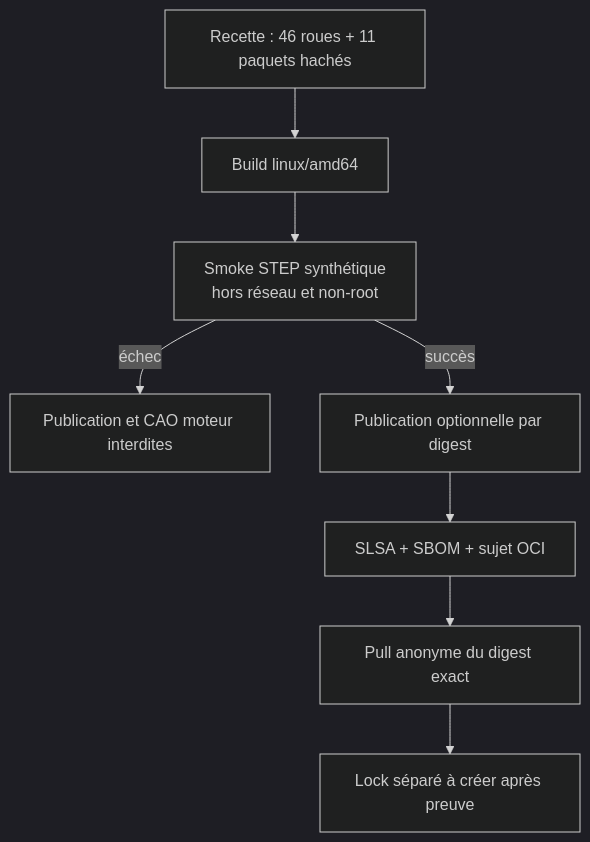
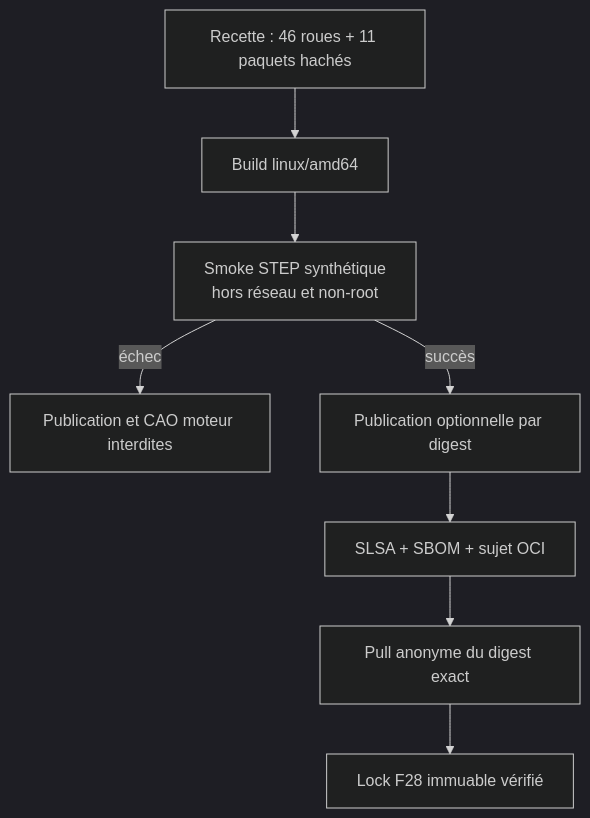
One commit to cluster2600/porscheparts changed the second of 2 diagrams in docs/917_CAD_AUTHOR_IMAGE_F28.md. Above: the diagram before and after it, drawn with Mermaid (dark theme). The commit also changed other lines of this file and 2 other files, not shown here.

Commit message:
Lock verified CAD author image

````diff
--- a/docs/917_CAD_AUTHOR_IMAGE_F28.md
+++ b/docs/917_CAD_AUTHOR_IMAGE_F28.md
@@ -170,10 +170,10 @@
 ```mermaid
 flowchart TD
     R[Recette : 46 roues + 11 paquets hachés] --> B[Build linux/amd64]
     B --> S[Smoke STEP synthétique\nhors réseau et non-root]
     S -->|échec| X[Publication et CAO moteur interdites]
     S -->|succès| P[Publication optionnelle par digest]
     P --> A[SLSA + SBOM + sujet OCI]
     A --> N[Pull anonyme du digest exact]
-    N --> K[Lock séparé à créer après preuve]
+    N --> K[Lock F28 immuable vérifié]
 ```
````
